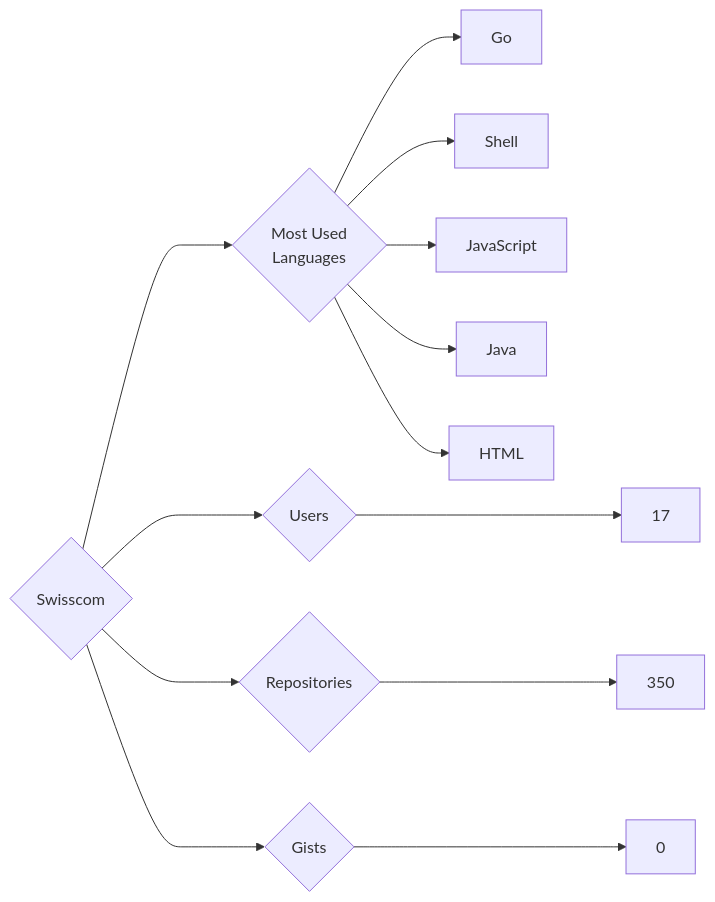
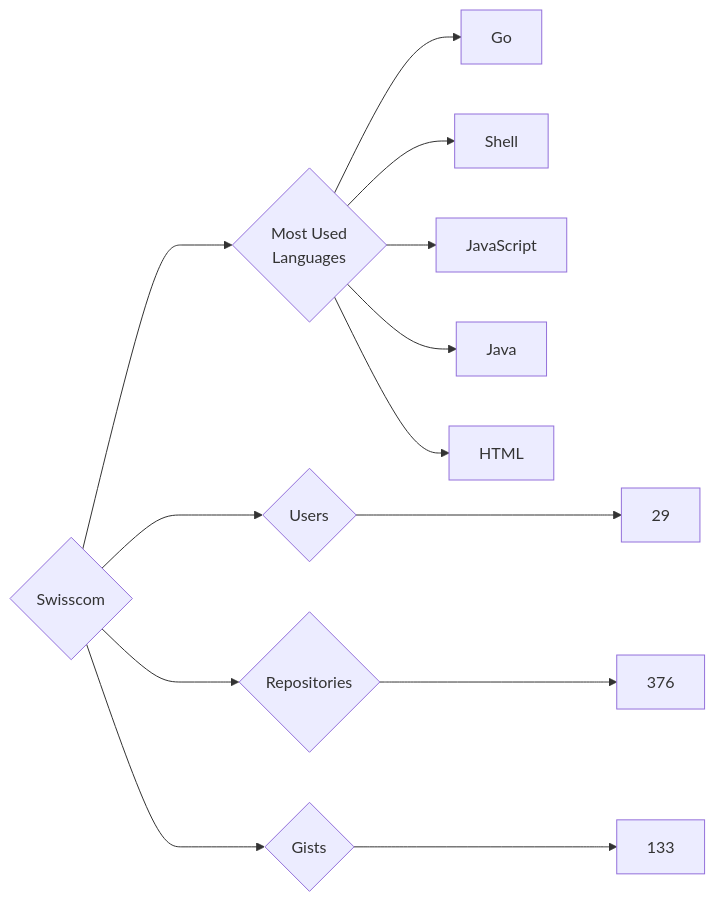
Before and after one commit to trickest/insiders: the diagram in targets/Swisscom/README.md, drawn with Mermaid. The commit also changed 997 other files, not shown here.

````diff
--- a/targets/Swisscom/README.md
+++ b/targets/Swisscom/README.md
@@ -3,13 +3,13 @@
 ```mermaid
 graph LR
 COMPANY_NAME{Swisscom}
-COMPANY_NAME ---> U{Users} ---> UN[17]
-COMPANY_NAME ---> R{Repositories} ---> RN[350]
-COMPANY_NAME ---> G{Gists} ---> GN[0]
+COMPANY_NAME ---> U{Users} ---> UN[29]
+COMPANY_NAME ---> R{Repositories} ---> RN[376]
+COMPANY_NAME ---> G{Gists} ---> GN[133]
 COMPANY_NAME ---> ML{Most Used<br>Languages}
-ML --> Go
-ML --> Shell
-ML --> JavaScript
-ML --> Java
-ML --> HTML
+ML --> Go[Go]
+ML --> Shell[Shell]
+ML --> JavaScript[JavaScript]
+ML --> Java[Java]
+ML --> HTML[HTML]
 ```
````
